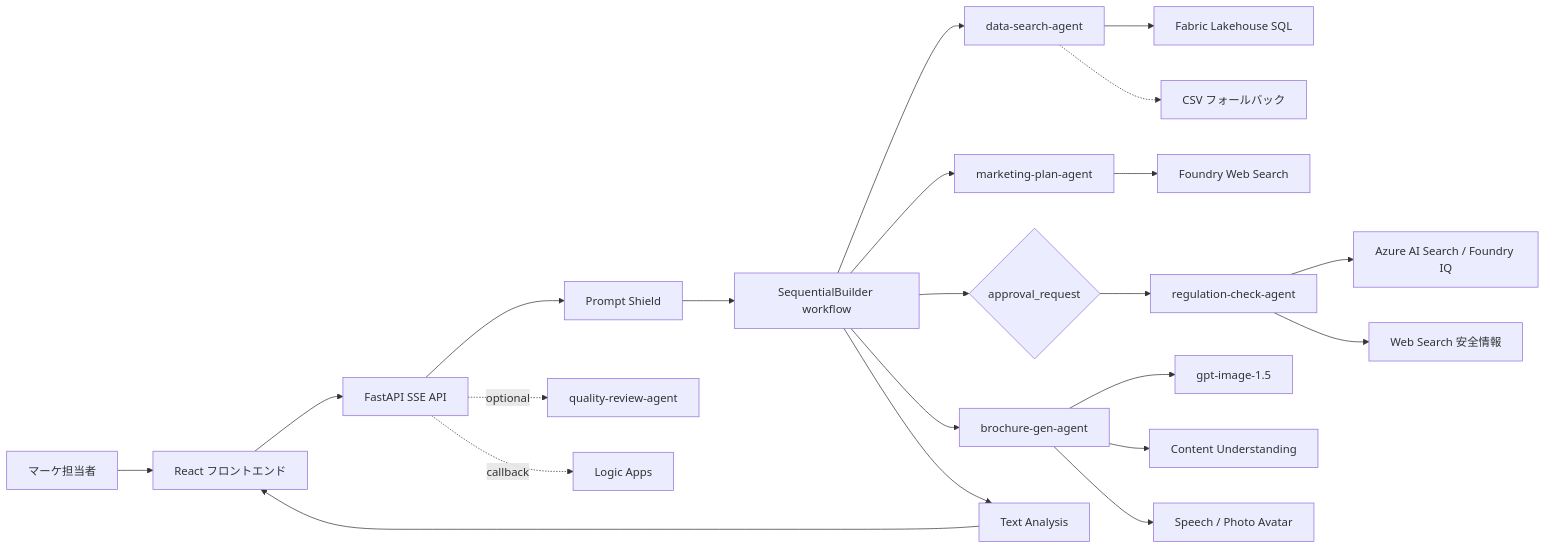
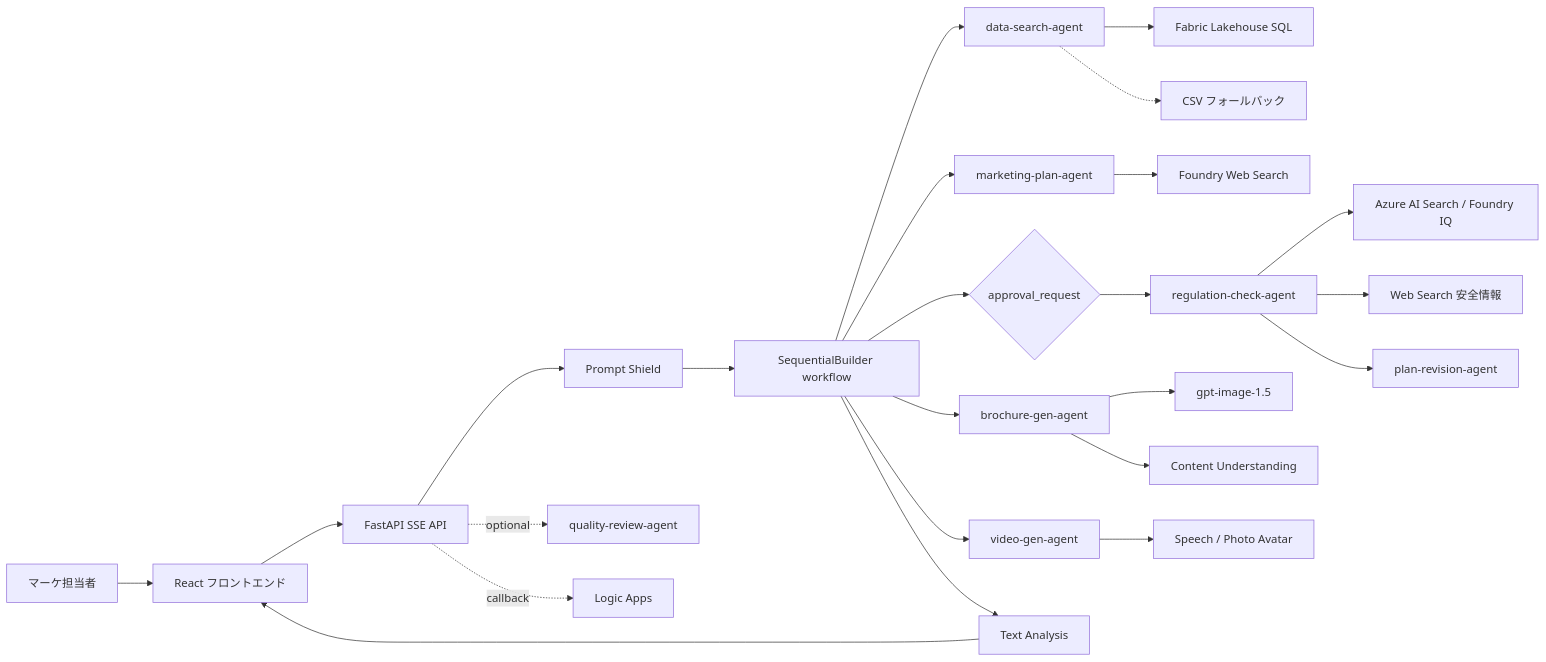
Before and after one commit to naoki1213mj/travel-marketing-ai: the diagram in README.ja.md, drawn with Mermaid. The commit also changed other lines of this file and 6 other files, not shown here.

````diff
--- a/README.ja.md
+++ b/README.ja.md
@@ -39,24 +40,26 @@
 ```mermaid
 flowchart LR
     user[マーケ担当者] --> ui[React フロントエンド]
     ui --> api[FastAPI SSE API]
     api --> shield[Prompt Shield]
     shield --> flow[SequentialBuilder workflow]
     flow --> a1[data-search-agent]
     a1 --> fabric[Fabric Lakehouse SQL]
     a1 -.-> csv[CSV フォールバック]
     flow --> a2[marketing-plan-agent]
     a2 --> web[Foundry Web Search]
     flow --> approval{approval_request}
-    approval --> a3[regulation-check-agent]
-    a3 --> kb[Azure AI Search / Foundry IQ]
-    a3 --> safeweb[Web Search 安全情報]
+    approval --> a3a[regulation-check-agent]
+    a3a --> kb[Azure AI Search / Foundry IQ]
+    a3a --> safeweb[Web Search 安全情報]
+    a3a --> a3b[plan-revision-agent]
     flow --> a4[brochure-gen-agent]
     a4 --> image[gpt-image-1.5]
     a4 --> cu[Content Understanding]
-    a4 --> speech[Speech / Photo Avatar]
+    flow --> a5[video-gen-agent]
+    a5 --> speech[Speech / Photo Avatar]
     flow --> output[Text Analysis]
     output --> ui
     api -. optional .-> review[quality-review-agent]
     api -. callback .-> logic[Logic Apps]
 ```
````
